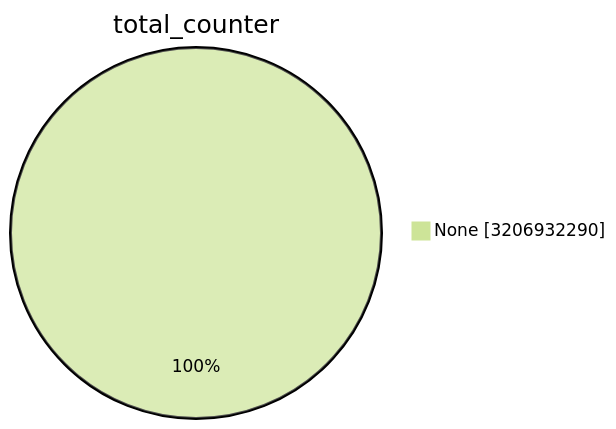
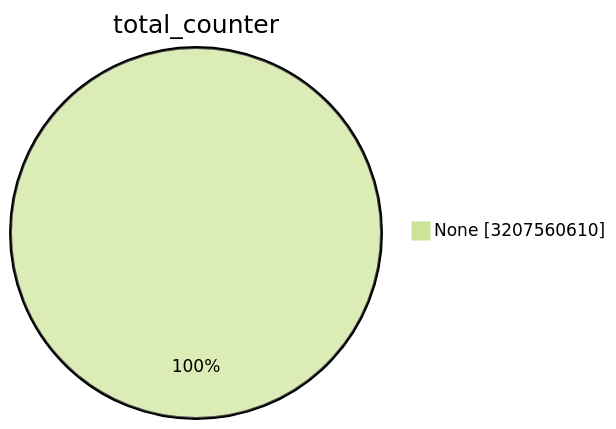
Before and after one commit to christiankrug/ctmonitor_visualization: the first of 15 diagrams in TOTAL/README.md, drawn with Mermaid (forest theme). The commit also changed other lines of this file, not shown here.

````diff
--- a/TOTAL/README.md
+++ b/TOTAL/README.md
@@ -1,5 +1,5 @@
 ```mermaid
 pie showData
 title total_counter
-"None" :3206932290
+"None" :3207560610
 ```
````
